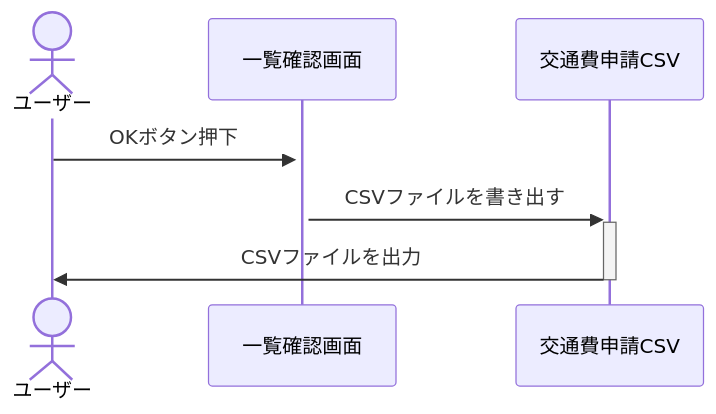
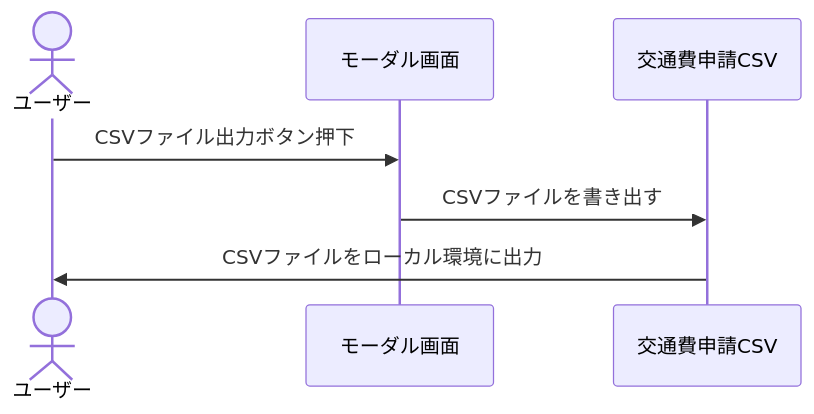
One commit to brain-yuhei/CsvCreateTool changed the sixth of 7 diagrams in AttrMF/csvdownload/csvcreate/docs/CreateKeiro.md. Above: the diagram before and after it, drawn with Mermaid. The commit also changed other lines of this file and 16 other files, not shown here.

````diff
--- a/AttrMF/csvdownload/csvcreate/docs/CreateKeiro.md
+++ b/AttrMF/csvdownload/csvcreate/docs/CreateKeiro.md
@@ -355,11 +202,11 @@
 ```mermaid
 sequenceDiagram
 actor 1 as ユーザー
-participant 2 as 一覧確認画面
+participant 2 as モーダル画面
 participant 3 as 交通費申請CSV
 
-1->>+2: OKボタン押下
-2->>+3: CSVファイルを書き出す
-3->>-1: CSVファイルを出力
+1->>2: CSVファイル出力ボタン押下
+2->>3: CSVファイルを書き出す
+3->>1: CSVファイルをローカル環境に出力
 
 ```
````
